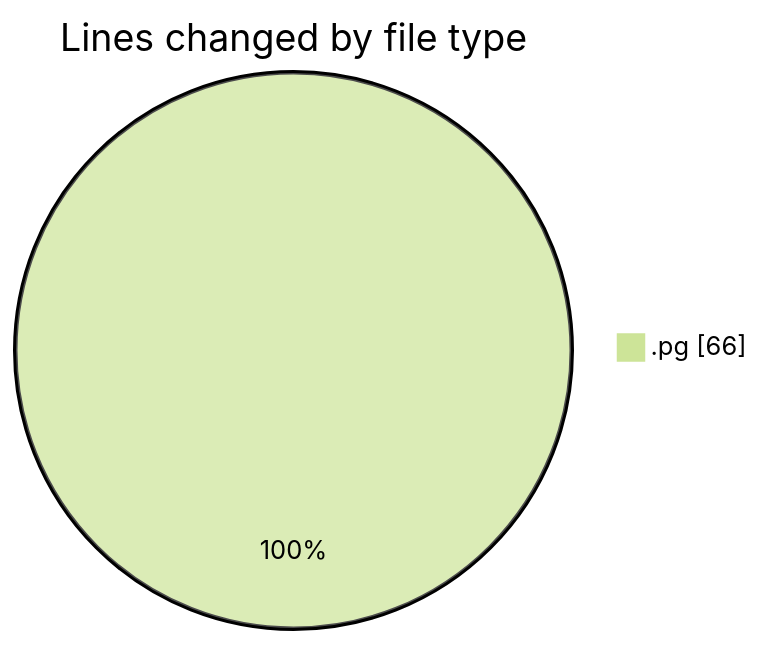
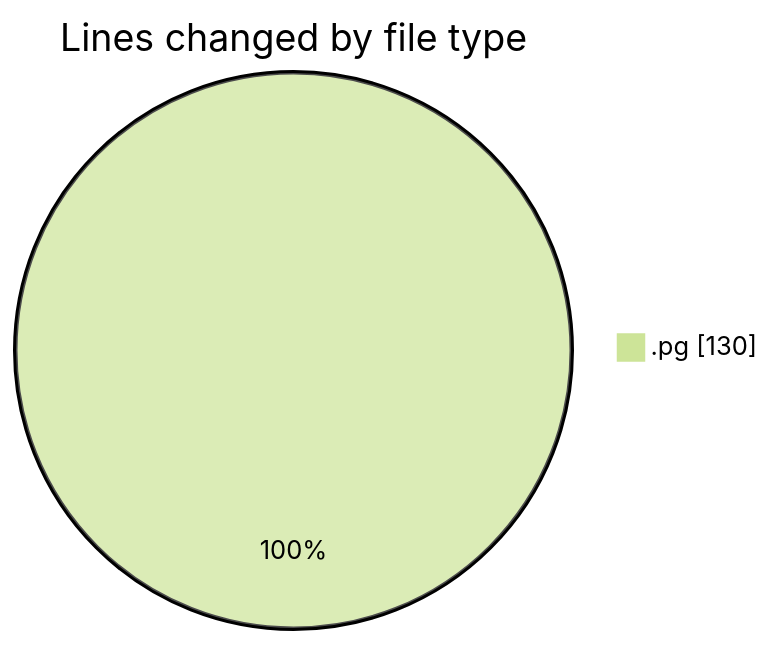
The first of 2 diagrams in 2025-05-19/fluxsdk-v0_4_0/README.md (charlie-sans/code-tracking), drawn with Mermaid (forest theme) before and after one commit. The commit also changed other lines of this file and 1 other file, not shown here.

````diff
--- a/2025-05-19/fluxsdk-v0_4_0/README.md
+++ b/2025-05-19/fluxsdk-v0_4_0/README.md
@@ -20,5 +20,5 @@
 ```mermaid
 pie showData
 title Lines changed by file type
-".pg" : 66
+".pg" : 130
 ```
````
